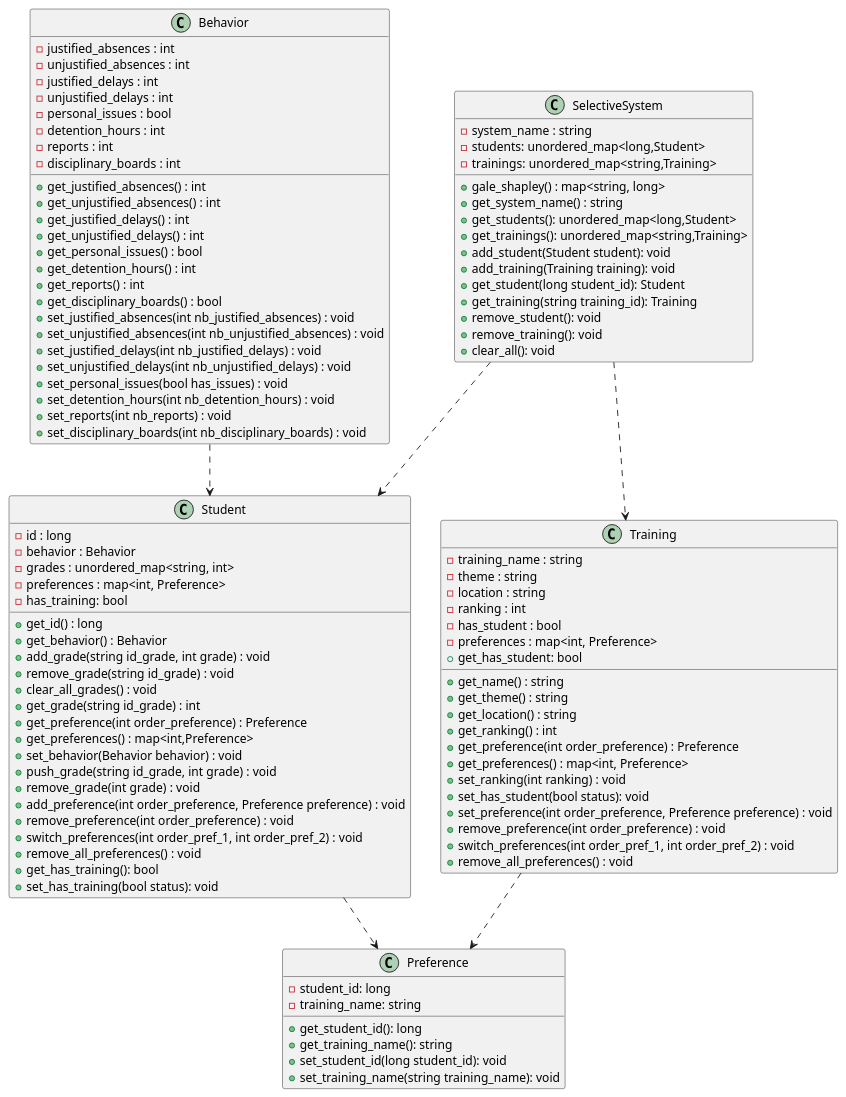
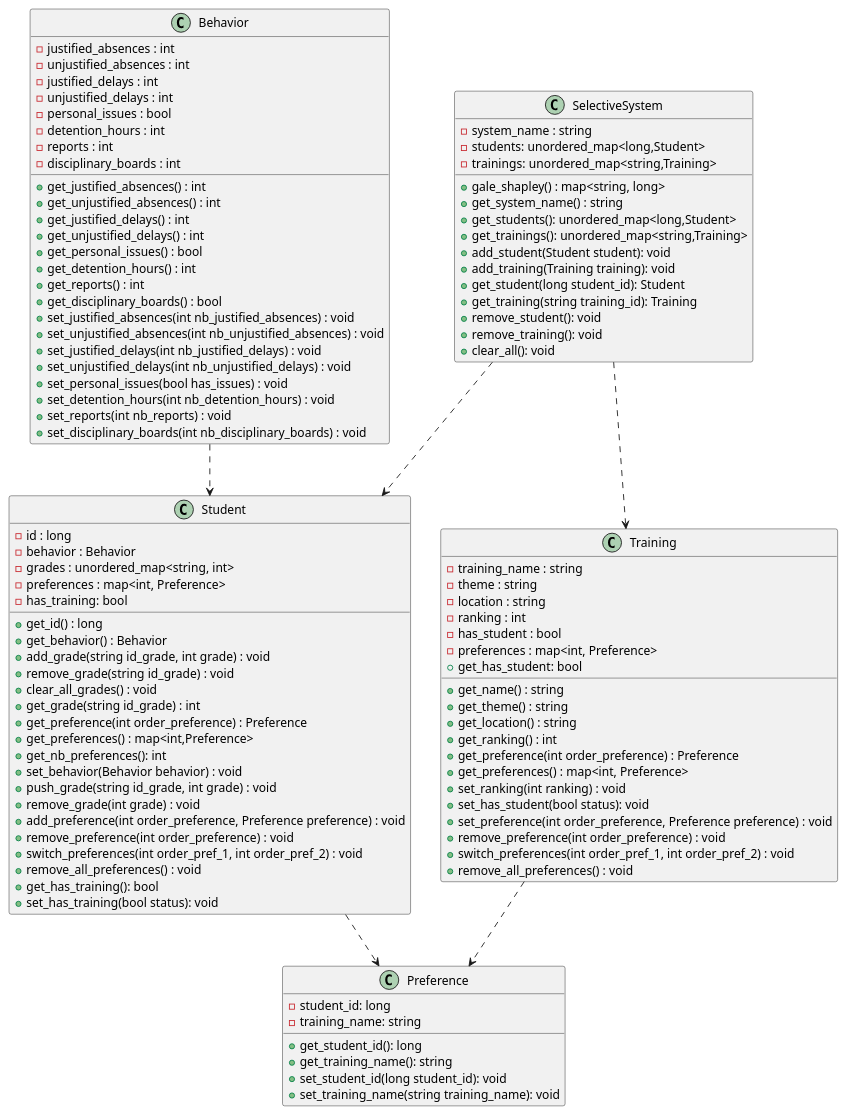
One commit to Padrese/selection_sys changed the diagram in uml/diagram.plantuml. Above: the diagram before and after it, drawn with PlantUML. The commit also changed 13 other files, not shown here.

```diff
--- a/uml/diagram.plantuml
+++ b/uml/diagram.plantuml
@@ -1,111 +1,112 @@
 @startuml diagram
 
 SelectiveSystem ..> Student
 SelectiveSystem ..> Training
 Behavior ..> Student
 Training ..> Preference
 Student ..> Preference
 
 class Student {
     -id : long
     -behavior : Behavior
     -grades : unordered_map<string, int>
     -preferences : map<int, Preference> 
     -has_training: bool
     +get_id() : long
     +get_behavior() : Behavior
     +add_grade(string id_grade, int grade) : void
     +remove_grade(string id_grade) : void
     +clear_all_grades() : void
     +get_grade(string id_grade) : int
     +get_preference(int order_preference) : Preference
     +get_preferences() : map<int,Preference> 
+    +get_nb_preferences(): int
     +set_behavior(Behavior behavior) : void
     +push_grade(string id_grade, int grade) : void
     +remove_grade(int grade) : void
     +add_preference(int order_preference, Preference preference) : void
     +remove_preference(int order_preference) : void
     +switch_preferences(int order_pref_1, int order_pref_2) : void
     +remove_all_preferences() : void
     +get_has_training(): bool
     +set_has_training(bool status): void
 }
 
 class SelectiveSystem {
     -system_name : string
     -students: unordered_map<long,Student>
     -trainings: unordered_map<string,Training>
     + gale_shapley() : map<string, long> 
     + get_system_name() : string
     + get_students(): unordered_map<long,Student>
     + get_trainings(): unordered_map<string,Training>
     + add_student(Student student): void
     + add_training(Training training): void
     + get_student(long student_id): Student
     + get_training(string training_id): Training
     + remove_student(): void
     + remove_training(): void
     + clear_all(): void
 }
 
 class Training {
     - training_name : string
     - theme : string
     - location : string
     - ranking : int
     - has_student : bool
     - preferences : map<int, Preference> 
     + get_name() : string
     + get_theme() : string
     + get_location() : string
     + get_ranking() : int
     + get_has_student: bool
     + get_preference(int order_preference) : Preference
     + get_preferences() : map<int, Preference> 
     + set_ranking(int ranking) : void
     + set_has_student(bool status): void
     + set_preference(int order_preference, Preference preference) : void
     + remove_preference(int order_preference) : void
     + switch_preferences(int order_pref_1, int order_pref_2) : void
     + remove_all_preferences() : void
 }
 
 class Preference{
     - student_id: long
     - training_name: string
     + get_student_id(): long
     + get_training_name(): string
     + set_student_id(long student_id): void
     + set_training_name(string training_name): void
 }
 
 
 class Behavior {
     -justified_absences : int
     -unjustified_absences : int
     -justified_delays : int
     -unjustified_delays : int
     -personal_issues : bool
     -detention_hours : int
     -reports : int
     -disciplinary_boards : int
     +get_justified_absences() : int
     +get_unjustified_absences() : int
     +get_justified_delays() : int
     +get_unjustified_delays() : int
     +get_personal_issues() : bool
     +get_detention_hours() : int
     +get_reports() : int
     +get_disciplinary_boards() : bool
     +set_justified_absences(int nb_justified_absences) : void
     +set_unjustified_absences(int nb_unjustified_absences) : void
     +set_justified_delays(int nb_justified_delays) : void
     +set_unjustified_delays(int nb_unjustified_delays) : void
     +set_personal_issues(bool has_issues) : void
     +set_detention_hours(int nb_detention_hours) : void
     +set_reports(int nb_reports) : void
     +set_disciplinary_boards(int nb_disciplinary_boards) : void
 }
 
 
 @enduml
```
